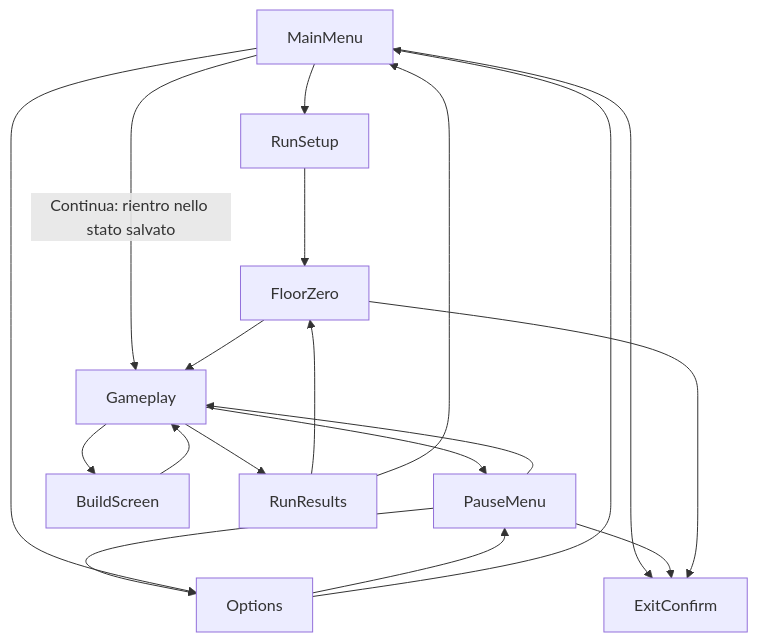
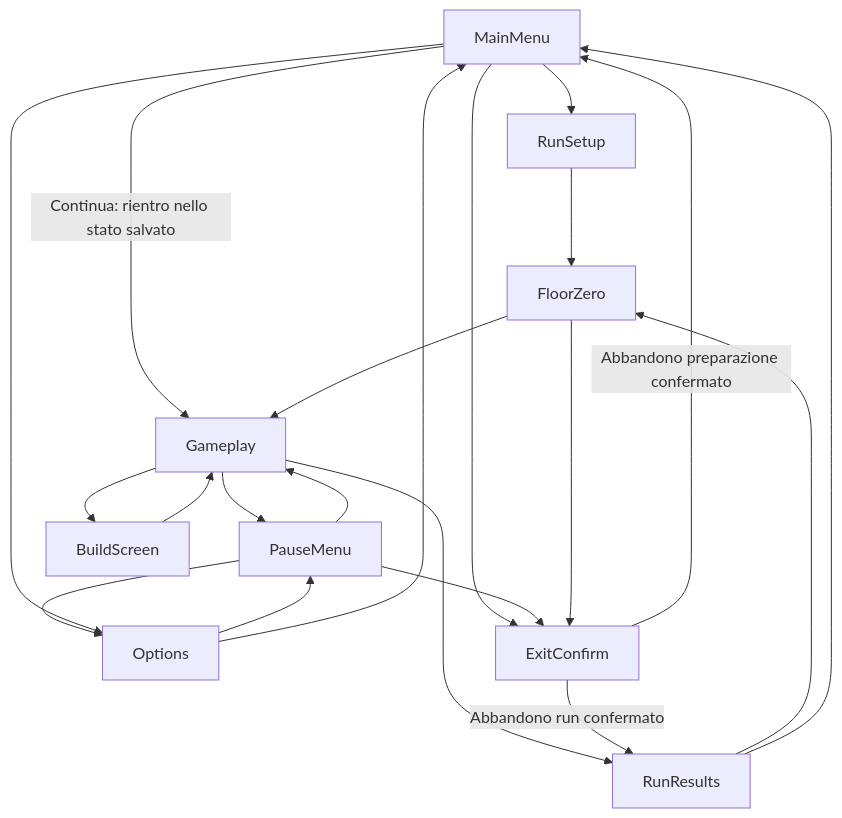
The diagram in game-design-knowledge-base/docs/game-design/05-game-states-and-flow.md (Praise32/worldsmelt), drawn with Mermaid before and after one commit. The commit also changed other lines of this file and 18 other files, not shown here.

````diff
--- a/game-design-knowledge-base/docs/game-design/05-game-states-and-flow.md
+++ b/game-design-knowledge-base/docs/game-design/05-game-states-and-flow.md
@@ -49,21 +49,23 @@
 ```mermaid
 flowchart TD
     MainMenu --> RunSetup
     MainMenu -->|Continua: rientro nello stato salvato| Gameplay
     RunSetup --> FloorZero
     FloorZero --> Gameplay
     Gameplay --> PauseMenu
     PauseMenu --> Gameplay
     PauseMenu --> Options
     Options --> PauseMenu
     Gameplay --> BuildScreen
     BuildScreen --> Gameplay
     Gameplay --> RunResults
     RunResults --> FloorZero
     RunResults --> MainMenu
     MainMenu --> Options
     Options --> MainMenu
     MainMenu --> ExitConfirm
     PauseMenu --> ExitConfirm
     FloorZero --> ExitConfirm
+    ExitConfirm -->|Abbandono run confermato| RunResults
+    ExitConfirm -->|Abbandono preparazione confermato| MainMenu
 ```
````
